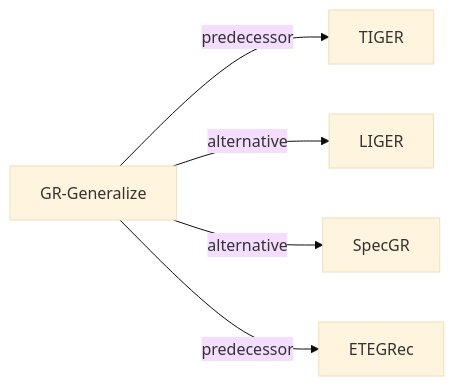
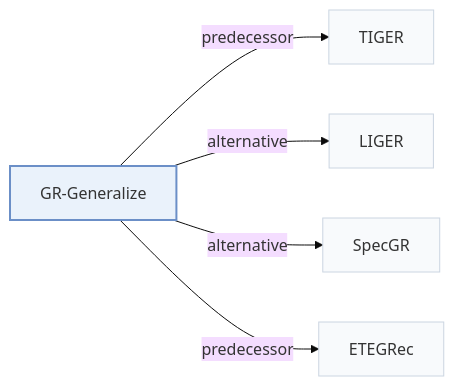
Before and after one commit to Galaxy-ghost/Awesome-SID-Generative-Rec: the second of 2 diagrams in pages/papers/gr-generalize.md, drawn with Mermaid (base theme). The commit also changed other lines of this file and 649 other files, not shown here.

Commit message:
writer-05: also tags and modality index (schema, check, build, visuals); summary field removed; calibration data for 12 papers

````diff
--- a/pages/papers/gr-generalize.md
+++ b/pages/papers/gr-generalize.md
@@ -64,8 +72,12 @@
 ```mermaid
 flowchart LR
     P["GR-Generalize"]
-    P -->|predecessor| A["TIGER"]
-    P -->|alternative| B["LIGER"]
-    P -->|alternative| C["SpecGR"]
-    P -->|predecessor| D["ETEGRec"]
+    P -->|"predecessor"| A["TIGER"]
+    P -->|"alternative"| B["LIGER"]
+    P -->|"alternative"| C["SpecGR"]
+    P -->|"predecessor"| D["ETEGRec"]
+    classDef main fill:#eaf2fb,stroke:#6b8fc7,stroke-width:2px
+    classDef peer fill:#f8fafc,stroke:#cbd5e1
+    class P main
+    class A,B,C,D peer
 ```
````
